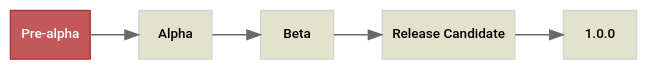
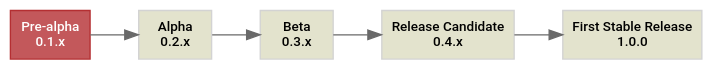
One commit to cotterell/bibscrap changed the diagram in docs/overview.rst. Above: the diagram before and after it, drawn with Graphviz. The commit also changed other lines of this file, not shown here.

```diff
--- a/docs/overview.rst
+++ b/docs/overview.rst
@@ -25,15 +26,15 @@
 .. graphviz::
    :name: dev_phases
    :align: center
    :caption: Planned Initial Development Phases
 
    digraph foo {
        center=true
        margin=0.1
        bgcolor="transparent"
        rankdir=LR
        edge [color=dimgray]
        node [shape=box, style=filled, color=lightgray, fillcolor="#E3E3CD", fontname="Roboto Medium", fontsize=10]
-       prealpha [label="Pre-alpha", color="#B42F32", fillcolor="#C3585B", fontcolor=white]
-       prealpha -> "Alpha" -> "Beta" -> "Release Candidate" -> "1.0.0";
+       prealpha [label="Pre-alpha\n0.1.x", color="#B42F32", fillcolor="#C3585B", fontcolor=white]
+       prealpha -> "Alpha\n0.2.x" -> "Beta\n0.3.x" -> "Release Candidate\n0.4.x" -> "First Stable Release\n1.0.0";
    }
```
